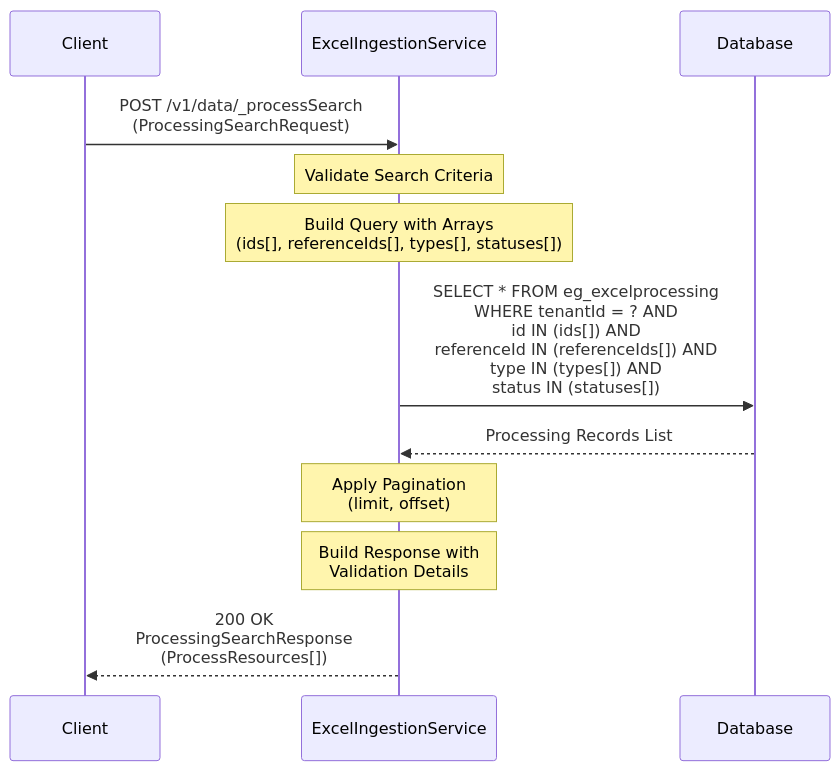
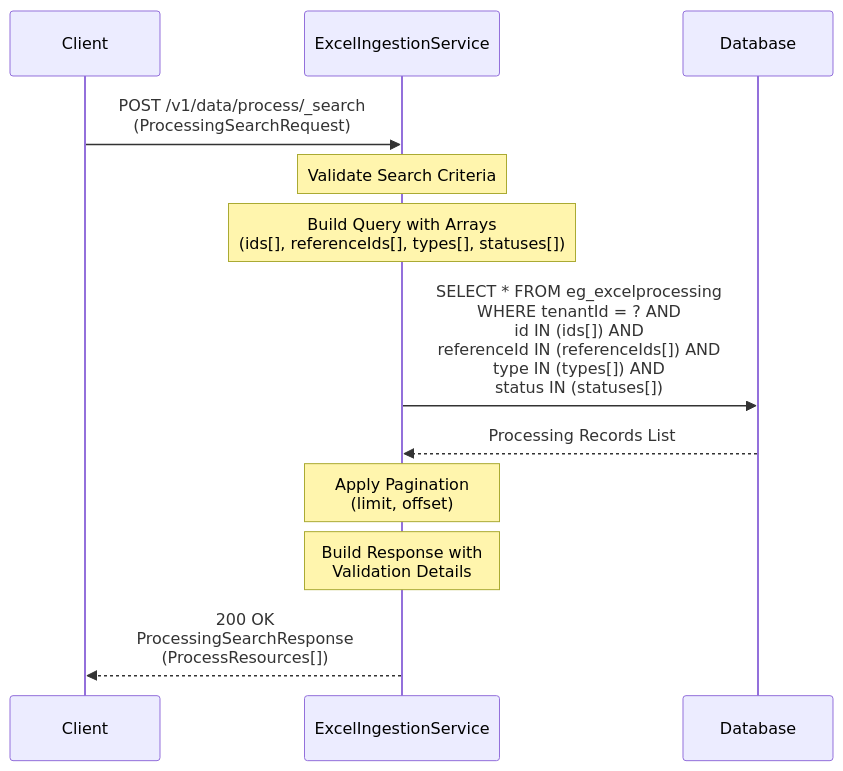
The fourth of 8 diagrams in health-services/excel-ingestion/README.md (egovernments/health-campaign-services), drawn with Mermaid before and after one commit. The commit also changed other lines of this file, not shown here.

Commit message:
update README.md for excel-ingestion

````diff
--- a/health-services/excel-ingestion/README.md
+++ b/health-services/excel-ingestion/README.md
@@ -109,19 +109,19 @@
 ```mermaid
 sequenceDiagram
     participant Client
     participant ExcelIngestionService
     participant Database
     
-    Client->>ExcelIngestionService: POST /v1/data/_processSearch<br/>(ProcessingSearchRequest)
+    Client->>ExcelIngestionService: POST /v1/data/process/_search<br/>(ProcessingSearchRequest)
     
     Note over ExcelIngestionService: Validate Search Criteria
     Note over ExcelIngestionService: Build Query with Arrays<br/>(ids[], referenceIds[], types[], statuses[])
     
     ExcelIngestionService->>Database: SELECT * FROM eg_excelprocessing<br/>WHERE tenantId = ? AND<br/>id IN (ids[]) AND<br/>referenceId IN (referenceIds[]) AND<br/>type IN (types[]) AND<br/>status IN (statuses[])
     Database-->>ExcelIngestionService: Processing Records List
     
     Note over ExcelIngestionService: Apply Pagination<br/>(limit, offset)
     Note over ExcelIngestionService: Build Response with<br/>Validation Details
     
     ExcelIngestionService-->>Client: 200 OK<br/>ProcessingSearchResponse<br/>(ProcessResources[])
 ```
````
